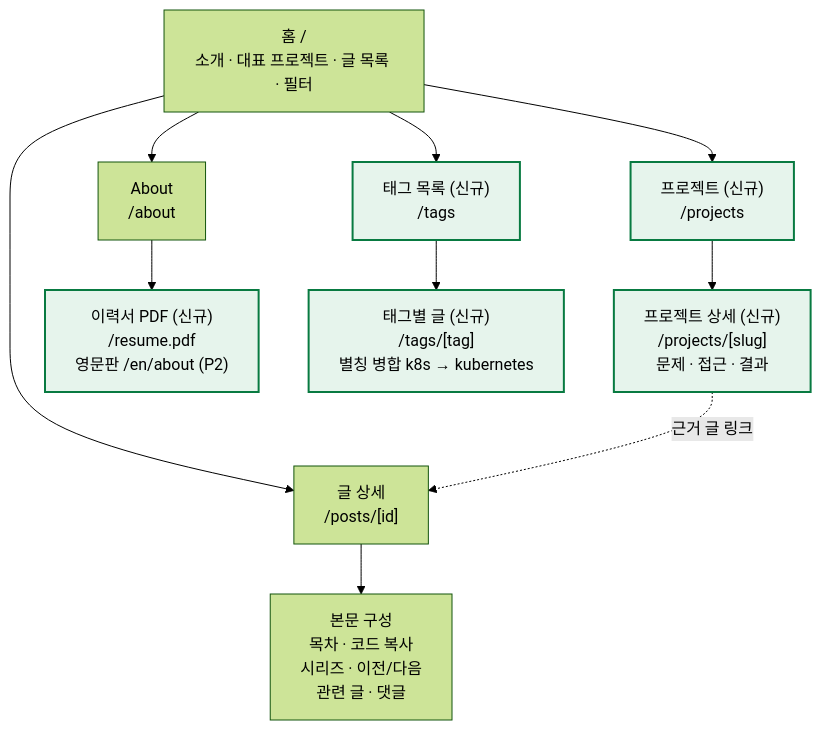
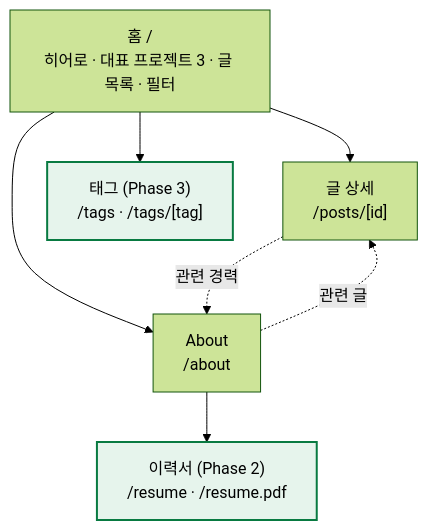
Before and after one commit to comstering/comstering.github.io: the first of 2 diagrams in cowork/prd/001_site_master-plan.md, drawn with Mermaid (forest theme). The commit also changed other lines of this file and 35 other files, not shown here.

````diff
--- a/cowork/prd/001_site_master-plan.md
+++ b/cowork/prd/001_site_master-plan.md
@@ -122,22 +73,14 @@
 ```mermaid
 flowchart TD
-    home["홈 /<br/>소개 · 대표 프로젝트 · 글 목록 · 필터"]
+    home["홈 /<br/>히어로 · 대표 프로젝트 3 · 글 목록 · 필터"]
     post["글 상세<br/>/posts/[id]"]
-    projects["프로젝트 (신규)<br/>/projects"]
     about["About<br/>/about"]
-    tags["태그 목록 (신규)<br/>/tags"]
-    parts["본문 구성<br/>목차 · 코드 복사<br/>시리즈 · 이전/다음<br/>관련 글 · 댓글"]
-    pdetail["프로젝트 상세 (신규)<br/>/projects/[slug]<br/>문제 · 접근 · 결과"]
-    resume["이력서 PDF (신규)<br/>/resume.pdf<br/>영문판 /en/about (P2)"]
-    tagdetail["태그별 글 (신규)<br/>/tags/[tag]<br/>별칭 병합 k8s → kubernetes"]
-
-    home --> post & projects & about & tags
-    post --> parts
-    projects --> pdetail
+    resume["이력서 (Phase 2)<br/>/resume · /resume.pdf"]
+    tags["태그 (Phase 3)<br/>/tags · /tags/[tag]"]
+    home --> post & about & tags
     about --> resume
-    tags --> tagdetail
-    pdetail -. 근거 글 링크 .-> post
-
-    classDef new fill:#e6f4ec,stroke:#087A41,stroke-width:2px;
-    class projects,tags,pdetail,resume,tagdetail new;
+    about -. 관련 글 .-> post
+    post -. 관련 경력 .-> about
+    classDef next fill:#e6f4ec,stroke:#087A41,stroke-width:2px;
+    class resume,tags next;
 ```
````
